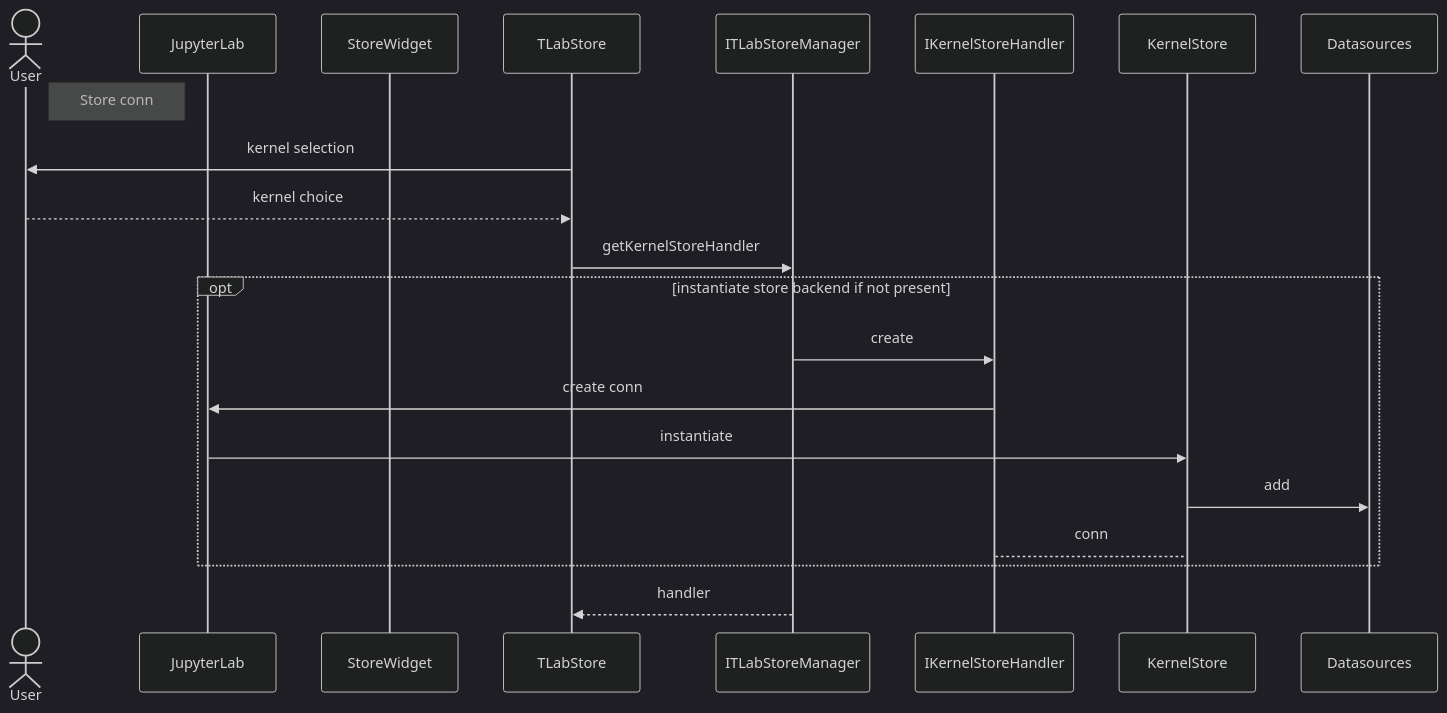
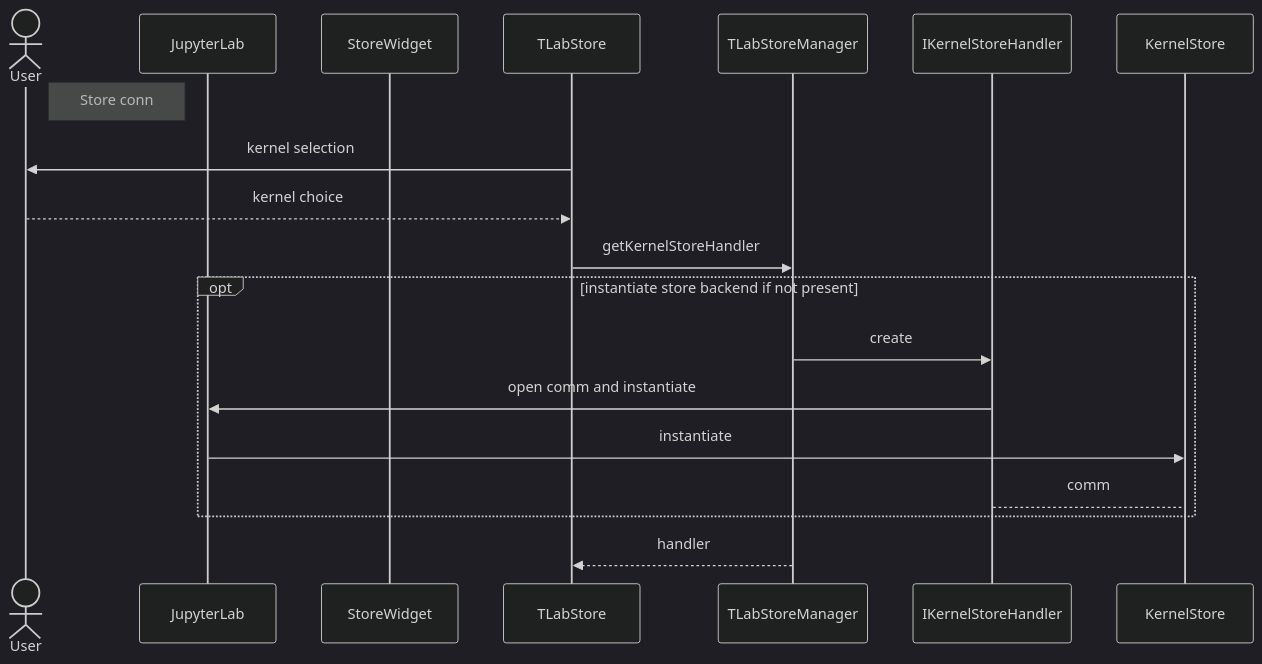
The fifth of 7 diagrams in docs/architecture.md (twiinIT/tlab), drawn with Mermaid (dark theme) before and after one commit. The commit also changed other lines of this file and 22 other files, not shown here.

````diff
--- a/docs/architecture.md
+++ b/docs/architecture.md
@@ -99,23 +132,21 @@
 ```mermaid
 sequenceDiagram
     actor User
     participant JupyterLab
     participant StoreWidget
     participant TLabStore
-    participant ITLabStoreManager
+    participant TLabStoreManager
     participant IKernelStoreHandler
     participant KernelStore
-    participant Datasources
     note right of User : Store conn
     TLabStore ->> User : kernel selection
     User -->> TLabStore : kernel choice
-    TLabStore ->> ITLabStoreManager : getKernelStoreHandler
+    TLabStore ->> TLabStoreManager : getKernelStoreHandler
     opt instantiate store backend if not present
-        ITLabStoreManager ->> IKernelStoreHandler : create
-        IKernelStoreHandler ->> JupyterLab : create conn
+        TLabStoreManager ->> IKernelStoreHandler : create
+        IKernelStoreHandler ->> JupyterLab : open comm and instantiate
         JupyterLab ->> KernelStore : instantiate
-        KernelStore ->> Datasources : add
-        IKernelStoreHandler --> KernelStore : conn
+        IKernelStoreHandler --> KernelStore : comm
     end
-    ITLabStoreManager -->> TLabStore : handler
+    TLabStoreManager -->> TLabStore : handler
 ```
````
